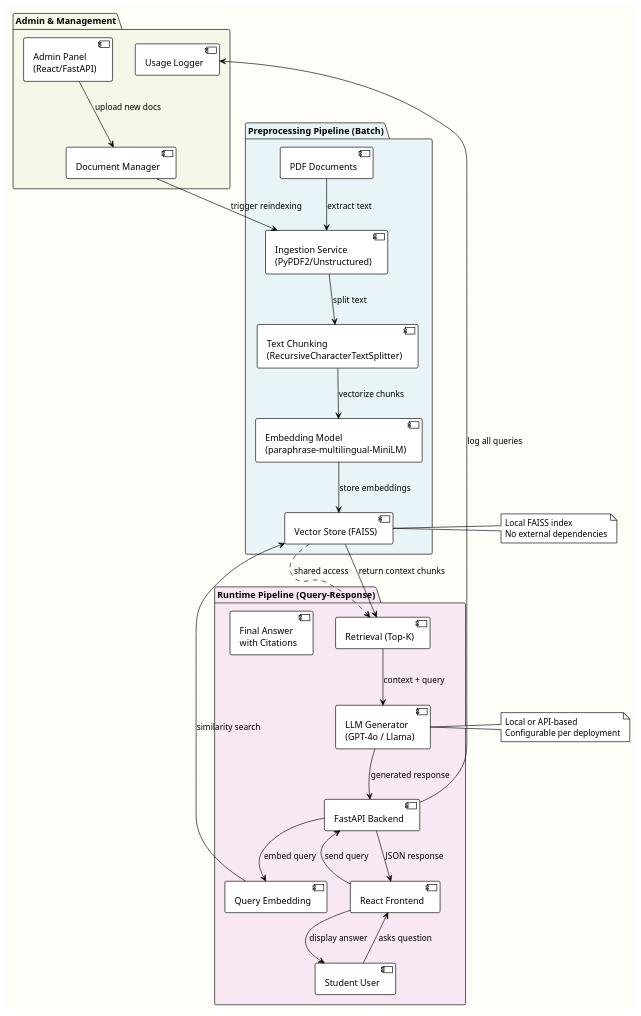
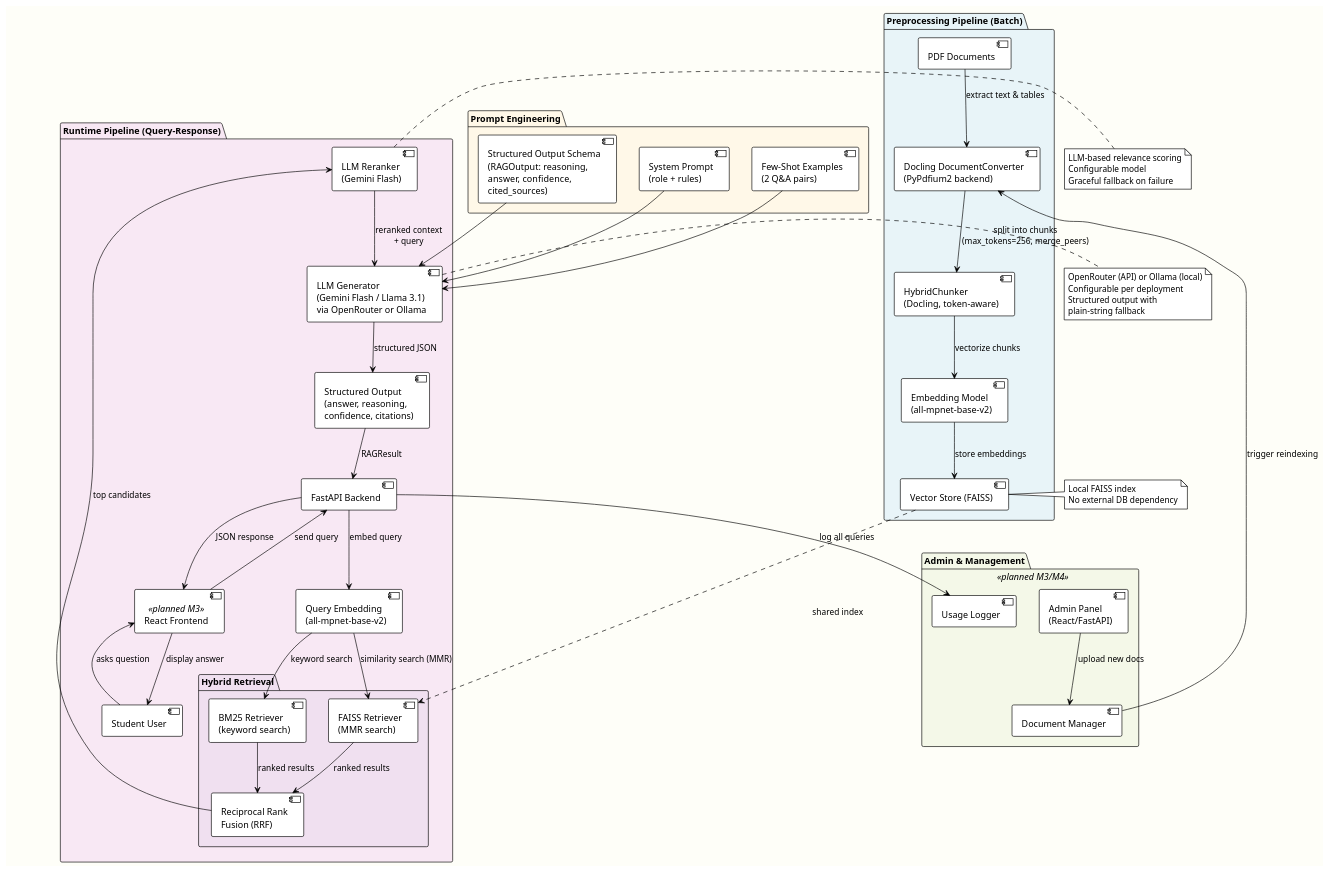
One commit to w04m1/elte-rag-assistant changed the diagram in recources/architecture/code.puml. Above: the diagram before and after it, drawn with PlantUML.

Commit message:
wip: update PlantUML diagram

```diff
--- a/recources/architecture/code.puml
+++ b/recources/architecture/code.puml
@@ -1,61 +1,91 @@
 @startuml
 !theme plain
 skinparam backgroundColor #FEFEF8
 skinparam classBackgroundColor #F0F0F0
 skinparam classBorderColor #333333
+skinparam stereotypeCBackgroundColor #D3D3D3
 
 package "Preprocessing Pipeline (Batch)" #E8F4F8 {
     [PDF Documents] as docs
-    [Ingestion Service\n(PyPDF2/Unstructured)] as ingest
-    [Text Chunking\n(RecursiveCharacterTextSplitter)] as chunk
-    [Embedding Model\n(paraphrase-multilingual-MiniLM)] as embed_model
+    [Docling DocumentConverter\n(PyPdfium2 backend)] as ingest
+    [HybridChunker\n(Docling, token-aware)] as chunk
+    [Embedding Model\n(all-mpnet-base-v2)] as embed_model
     [Vector Store (FAISS)] as vector_db
-    
-    docs --> ingest: extract text
-    ingest --> chunk: split text
+
+    docs --> ingest: extract text & tables
+    ingest --> chunk: split into chunks\n(max_tokens=256, merge_peers)
     chunk --> embed_model: vectorize chunks
     embed_model --> vector_db: store embeddings
 }
 
 package "Runtime Pipeline (Query-Response)" #F8E8F4 {
     [Student User] as user
-    [React Frontend] as frontend
+    [React Frontend] as frontend <<planned M3>>
     [FastAPI Backend] as backend
-    [Query Embedding] as query_embed
-    [Retrieval (Top-K)] as retrieve
-    [LLM Generator\n(GPT-4o / Llama)] as llm
-    [Final Answer\nwith Citations] as response
-    
+    [Query Embedding\n(all-mpnet-base-v2)] as query_embed
+
+    package "Hybrid Retrieval" #F0E0F0 {
+        [FAISS Retriever\n(MMR search)] as faiss_ret
+        [BM25 Retriever\n(keyword search)] as bm25_ret
+        [Reciprocal Rank\nFusion (RRF)] as rrf
+    }
+
+    [LLM Reranker\n(Gemini Flash)] as reranker
+    [LLM Generator\n(Gemini Flash / Llama 3.1)\nvia OpenRouter or Ollama] as llm
+    [Structured Output\n(answer, reasoning,\nconfidence, citations)] as response
+
     user --> frontend: asks question
     frontend --> backend: send query
     backend --> query_embed: embed query
-    query_embed --> vector_db: similarity search
-    vector_db --> retrieve: return context chunks
-    retrieve --> llm: context + query
-    llm --> backend: generated response
+    query_embed --> faiss_ret: similarity search (MMR)
+    query_embed --> bm25_ret: keyword search
+    faiss_ret --> rrf: ranked results
+    bm25_ret --> rrf: ranked results
+    rrf --> reranker: top candidates
+    reranker --> llm: reranked context\n+ query
+    llm --> response: structured JSON
+    response --> backend: RAGResult
     backend --> frontend: JSON response
     frontend --> user: display answer
 }
 
-package "Admin & Management" #F4F8E8 {
+package "Admin & Management" <<planned M3/M4>> #F4F8E8 {
     [Admin Panel\n(React/FastAPI)] as admin
     [Document Manager] as doc_mgr
     [Usage Logger] as logger
-    
+
     admin --> doc_mgr: upload new docs
     doc_mgr --> ingest: trigger reindexing
     backend --> logger: log all queries
 }
 
-vector_db -.-> retrieve: shared access
+package "Prompt Engineering" #FFF8E8 {
+    [System Prompt\n(role + rules)] as sys_prompt
+    [Few-Shot Examples\n(2 Q&A pairs)] as few_shot
+    [Structured Output Schema\n(RAGOutput: reasoning,\nanswer, confidence,\ncited_sources)] as schema
+
+    sys_prompt --> llm
+    few_shot --> llm
+    schema --> llm
+}
+
+vector_db -.-> faiss_ret: shared index
 
 note right of vector_db
     Local FAISS index
-    No external dependencies
+    No external DB dependency
 end note
 
 note right of llm
-    Local or API-based
+    OpenRouter (API) or Ollama (local)
     Configurable per deployment
+    Structured output with
+    plain-string fallback
+end note
+
+note right of reranker
+    LLM-based relevance scoring
+    Configurable model
+    Graceful fallback on failure
 end note
 @enduml
```
